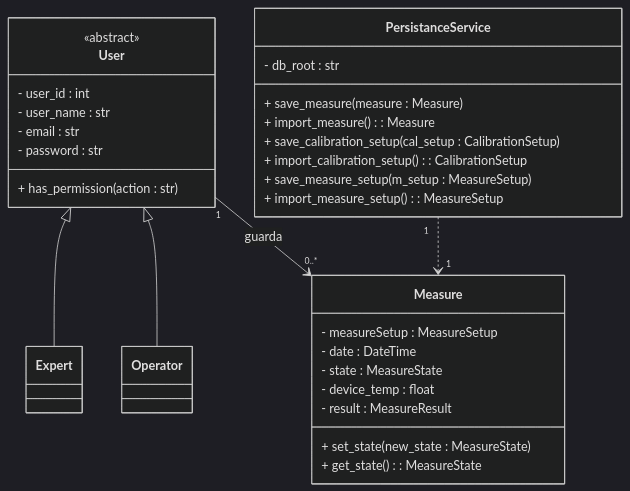
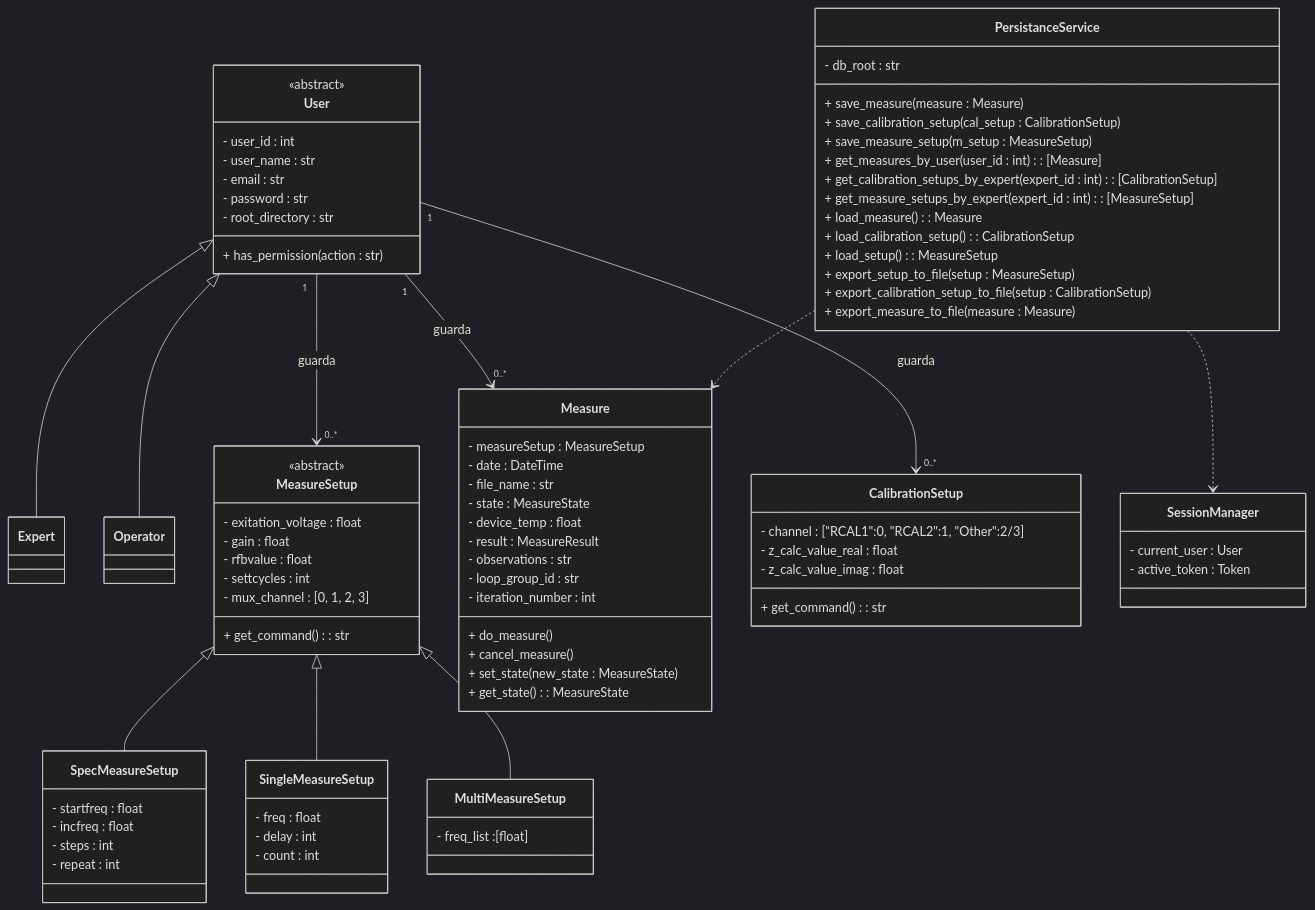
One commit to alegrelias/Repo-GMini changed the sixth of 6 diagrams in Gmini-MarkDown/Clases Conceptuales.md. Above: the diagram before and after it, drawn with Mermaid (dark theme). The commit also changed other lines of this file and 3 other files, not shown here.

````diff
--- a/Gmini-MarkDown/Clases Conceptuales.md
+++ b/Gmini-MarkDown/Clases Conceptuales.md
@@ -553,6 +697,10 @@
 %% jerarquias
 User <|-- Expert
 User <|-- Operator
+
+MeasureSetup <|-- SpecMeasureSetup
+MeasureSetup <|-- SingleMeasureSetup
+MeasureSetup <|-- MultiMeasureSetup
 
 %% clases
 class User {
@@ -561,6 +709,7 @@
 	- user_name : str
 	- email : str
 	- password : str
+	- root_directory : str
 	+ has_permission(action : str)
 }
 
@@ -568,31 +717,85 @@
 
 }
 class Expert{
-
 }
 
 class Measure {
 	- measureSetup : MeasureSetup
 	- date : DateTime
+	- file_name : str
 	- state : MeasureState
 	- device_temp : float
 	- result : MeasureResult
+	- observations : str
+	- loop_group_id : str
+	- iteration_number : int
+	+ do_measure()
+	+ cancel_measure()
 	+ set_state(new_state : MeasureState)
 	+ get_state() : MeasureState
 }
 
+class MeasureSetup {
+		<<abstract>>
+		- exitation_voltage : float
+		- gain : float
+		- rfbvalue : float
+		- settcycles : int
+		- mux_channel : [0, 1, 2, 3]
+		+ get_command() : str
+}
+class SpecMeasureSetup{
+	- startfreq : float
+	- incfreq : float
+	- steps : int
+	- repeat : int
+}
+class SingleMeasureSetup{
+	- freq : float
+	- delay : int
+	- count : int
+}
+class MultiMeasureSetup{
+	- freq_list :[float]
+}
+
+class CalibrationSetup{
+	- channel : ["RCAL1":0, "RCAL2":1, "Other":2/3]
+	- z_calc_value_real : float
+	- z_calc_value_imag : float
+	+ get_command() : str
+}
+
 class PersistanceService{
 	- db_root : str
+	  
+	%% operaciones en db
 	+ save_measure(measure : Measure)
-	+ import_measure() : Measure
 	+ save_calibration_setup(cal_setup : CalibrationSetup)
-	+ import_calibration_setup() : CalibrationSetup
 	+ save_measure_setup(m_setup : MeasureSetup)
-	+ import_measure_setup() : MeasureSetup
+	+ get_measures_by_user(user_id : int) : [Measure]
+	+ get_calibration_setups_by_expert(expert_id : int) : [CalibrationSetup]
+	+ get_measure_setups_by_expert(expert_id : int) : [MeasureSetup]
+	  
+	%% operaciones en archivos
+	+ load_measure() : Measure
+	+ load_calibration_setup() : CalibrationSetup
+	+ load_setup() : MeasureSetup
+	+ export_setup_to_file(setup : MeasureSetup)
+	+ export_calibration_setup_to_file(setup : CalibrationSetup)
+	+ export_measure_to_file(measure : Measure)
+}
+
+class SessionManager{
+	- current_user : User
+	- active_token : Token
 }
 
 %% relaciones
 User "1"-->"0..*" Measure : guarda
+User "1"-->"0..*" MeasureSetup : guarda
+User "1"-->"0..*" CalibrationSetup : guarda
 
-PersistanceService "1"..>"1" Measure
+PersistanceService ..> Measure
+PersistanceService ..> SessionManager
 ```
````
